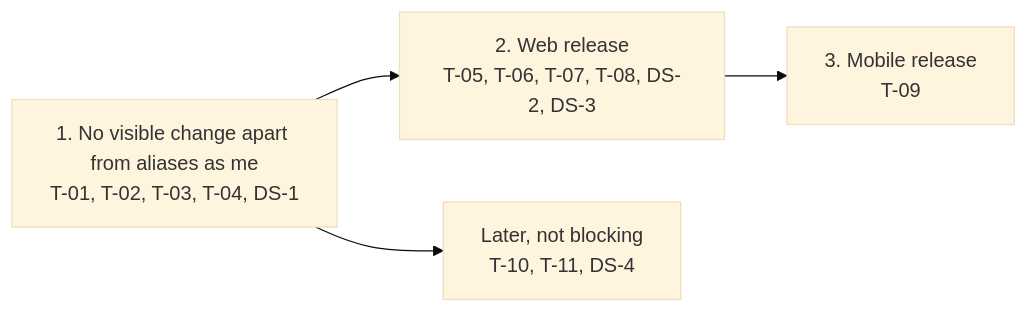
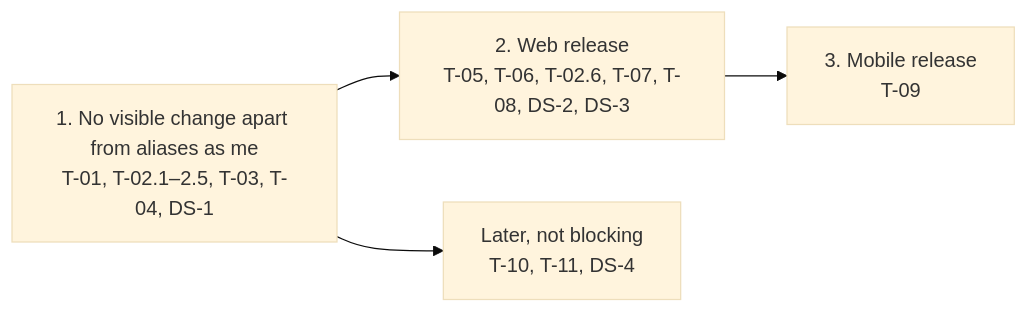
One commit to linagora/tmail-flutter changed the diagram in docs/adr/0114-delegated-mailbox-access.md. Above: the diagram before and after it, drawn with Mermaid (base theme). The commit also changed other lines of this file and 32 other files, not shown here.

````diff
--- a/docs/adr/0114-delegated-mailbox-access.md
+++ b/docs/adr/0114-delegated-mailbox-access.md
@@ -149,5 +155,5 @@
 ```mermaid
 flowchart LR
-  S1["1. No visible change apart from aliases as me<br/>T-01, T-02, T-03, T-04, DS-1"] --> S2["2. Web release<br/>T-05, T-06, T-07, T-08, DS-2, DS-3"] --> S3["3. Mobile release<br/>T-09"]
+  S1["1. No visible change apart from aliases as me<br/>T-01, T-02.1–2.5, T-03, T-04, DS-1"] --> S2["2. Web release<br/>T-05, T-06, T-02.6, T-07, T-08, DS-2, DS-3"] --> S3["3. Mobile release<br/>T-09"]
   S1 --> S4["Later, not blocking<br/>T-10, T-11, DS-4"]
 ```
````
